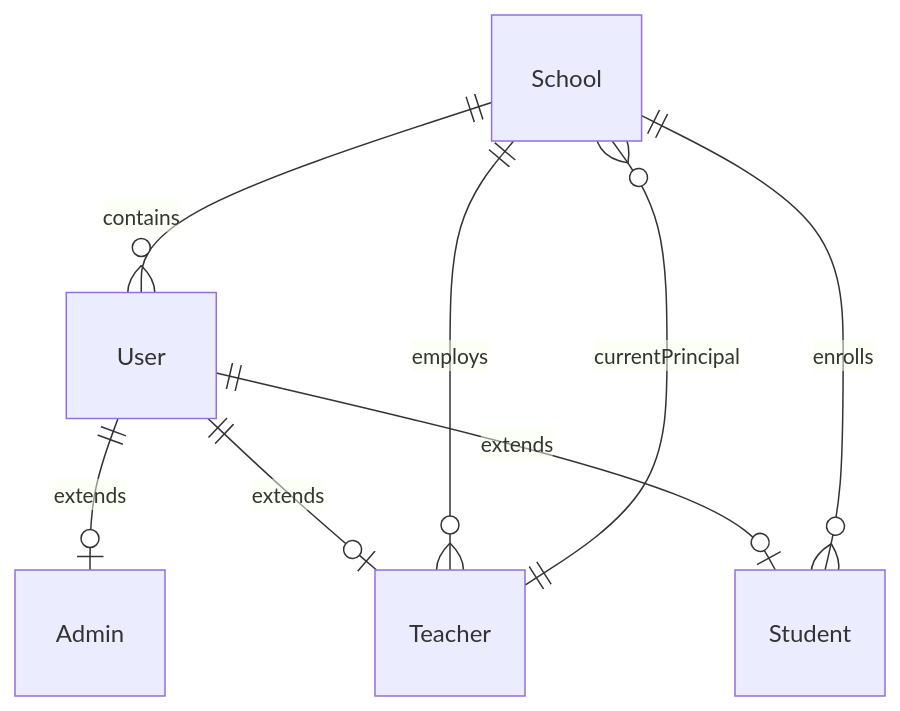
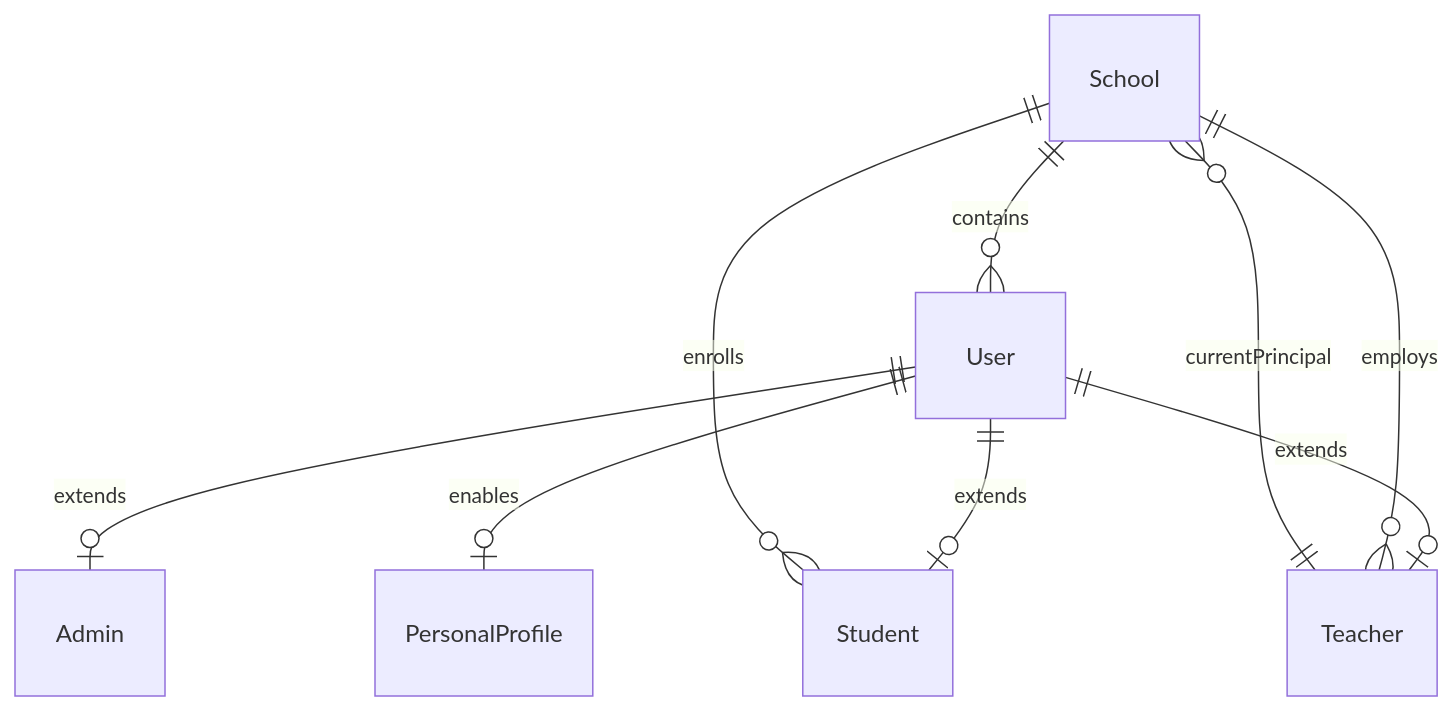
The first of 2 diagrams in docs/architecture/DATA_MODEL.md (carits/oi-manager), drawn with Mermaid before and after one commit. The commit also changed other lines of this file and 196 other files, not shown here.

````diff
--- a/docs/architecture/DATA_MODEL.md
+++ b/docs/architecture/DATA_MODEL.md
@@ -26,10 +26,11 @@
 ```mermaid
 erDiagram
   School ||--o{ User : contains
   User ||--o| Admin : extends
   User ||--o| Teacher : extends
   User ||--o| Student : extends
+  User ||--o| PersonalProfile : enables
   School ||--o{ Teacher : employs
   School ||--o{ Student : enrolls
   School }o--|| Teacher : currentPrincipal
 ```
````
